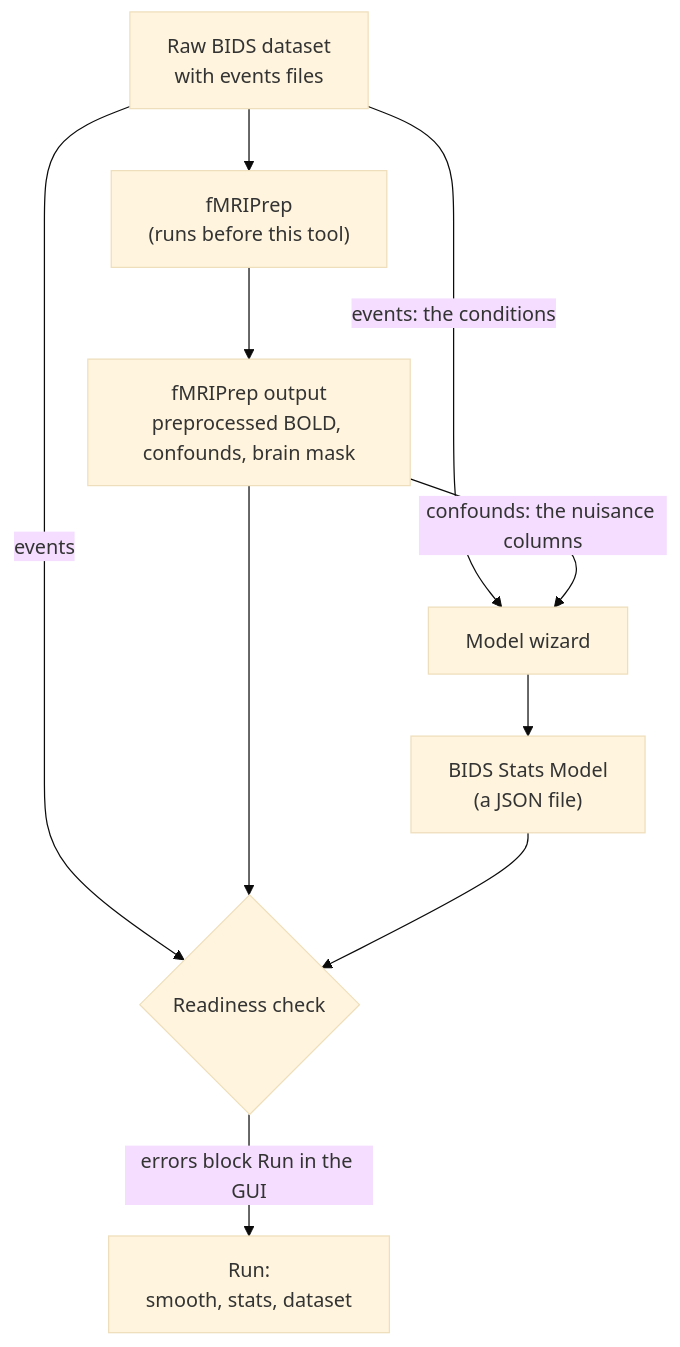
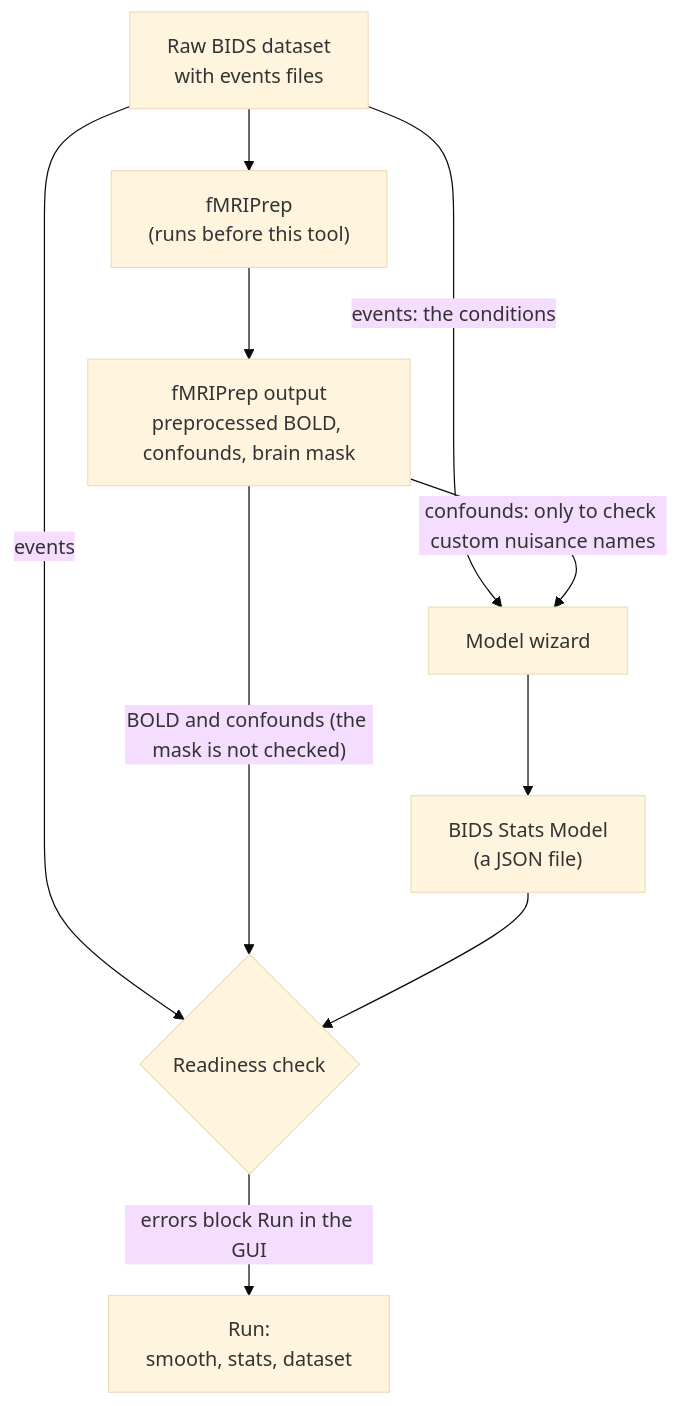
One commit to MRI-Lab-Graz/spm-bids-runner changed the diagram in docs/source/prerequisites/index.md. Above: the diagram before and after it, drawn with Mermaid (base theme). The commit also changed other lines of this file and 6 other files, not shown here.

Commit message:
docs: final-review fixes for the flowcharts (accurate wizard/check wording, report index, mermaid>=2.0)

````diff
--- a/docs/source/prerequisites/index.md
+++ b/docs/source/prerequisites/index.md
@@ -13,18 +13,18 @@
 ```{mermaid}
 flowchart TD
     raw["Raw BIDS dataset<br/>with events files"]
     fmriprep["fMRIPrep<br/>(runs before this tool)"]
     out["fMRIPrep output<br/>preprocessed BOLD, confounds, brain mask"]
     wizard["Model wizard"]
     model["BIDS Stats Model<br/>(a JSON file)"]
     check{"Readiness check"}
     run["Run:<br/>smooth, stats, dataset"]
     raw --> fmriprep --> out
     raw -- "events: the conditions" --> wizard
-    out -- "confounds: the nuisance columns" --> wizard
+    out -- "confounds: only to check custom nuisance names" --> wizard
     wizard --> model
     raw -- "events" --> check
-    out --> check
+    out -- "BOLD and confounds (the mask is not checked)" --> check
     model --> check
     check -- "errors block Run in the GUI" --> run
 ```
````
